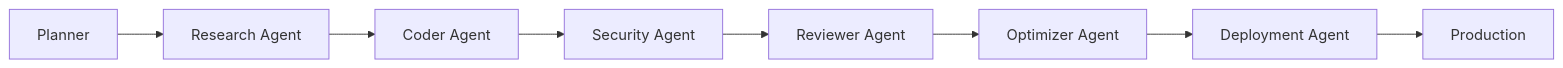
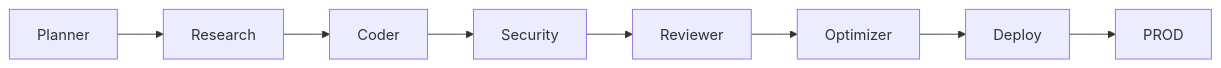
One commit to skarthi369/skarthi369 changed the third of 3 diagrams in README.md. Above: the diagram before and after it, drawn with Mermaid. The commit also changed other lines of this file, not shown here.

````diff
--- a/README.md
+++ b/README.md
@@ -220,10 +370,10 @@
 ```mermaid
 flowchart LR
-    P[Planner] --> R[Research Agent]
-    R --> C[Coder Agent]
-    C --> S[Security Agent]
-    S --> RV[Reviewer Agent]
-    RV --> O[Optimizer Agent]
-    O --> D[Deployment Agent]
-    D --> PROD[Production]
+    P[Planner] --> R[Research]
+    R --> C[Coder]
+    C --> S[Security]
+    S --> RV[Reviewer]
+    RV --> O[Optimizer]
+    O --> D[Deploy]
+    D --> PROD
 ```
````
